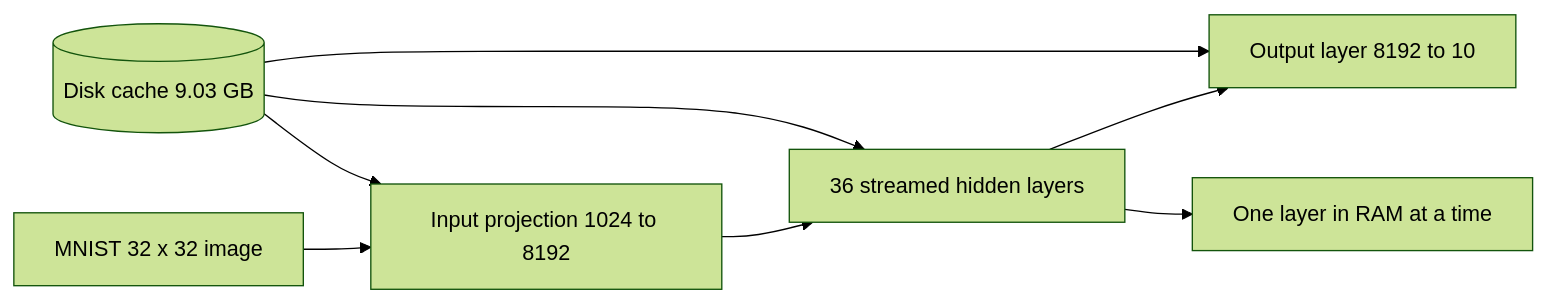
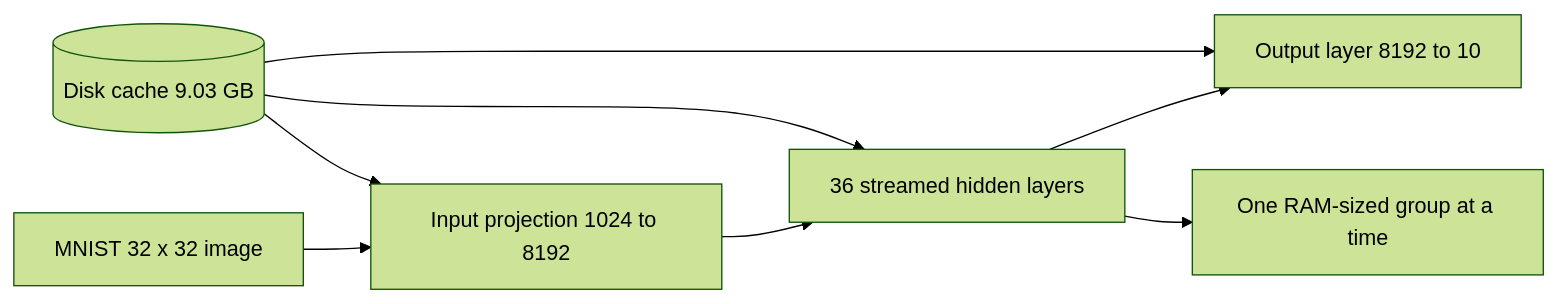
Before and after one commit to AnasOujja/LocalAI: the diagram in REPORT.md, drawn with Mermaid (forest theme). The commit also changed other lines of this file and 18 other files, not shown here.

````diff
--- a/REPORT.md
+++ b/REPORT.md
@@ -40,10 +40,10 @@
 ```mermaid
 flowchart LR
     A[MNIST 32 x 32 image] --> B[Input projection 1024 to 8192]
     B --> C[36 streamed hidden layers]
     C --> D[Output layer 8192 to 10]
     E[(Disk cache 9.03 GB)] --> B
     E --> C
     E --> D
-    C --> F[One layer in RAM at a time]
+    C --> F[One RAM-sized group at a time]
 ```
````
